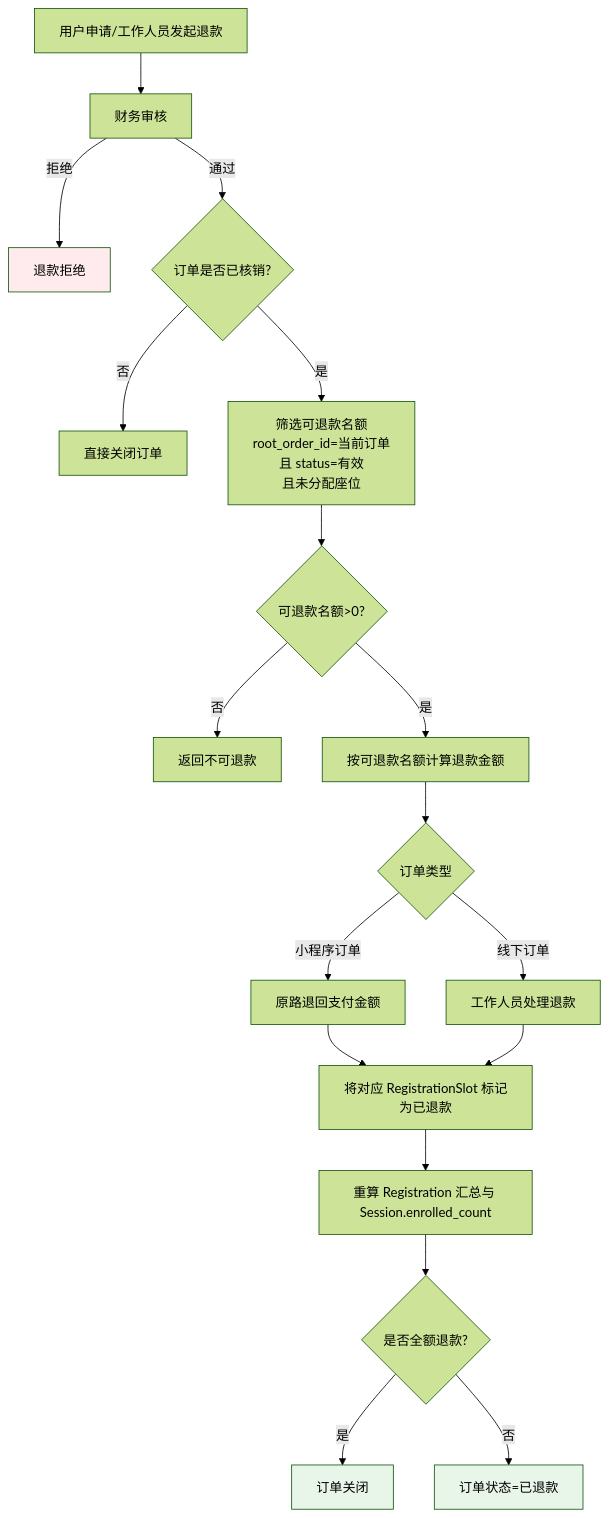
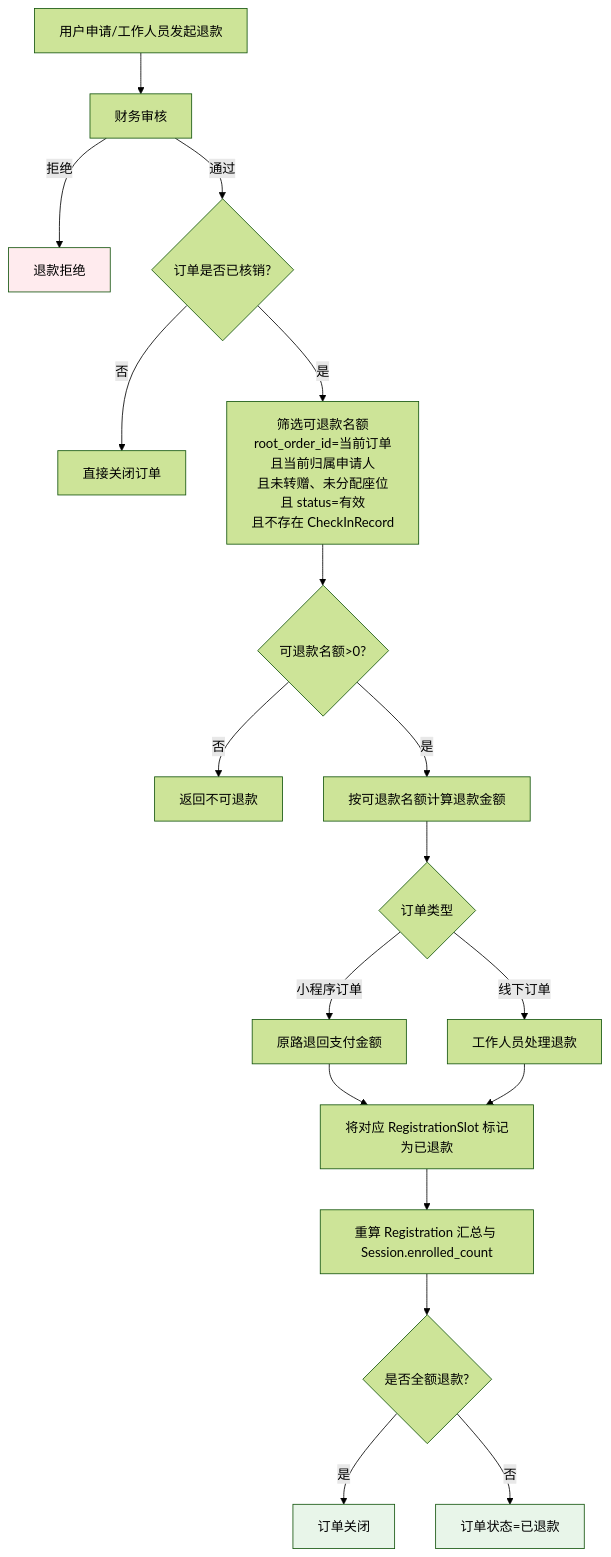
Before and after one commit to zingxy/side-job: the eighth of 8 diagrams in 课程培训平台/PRD.md, drawn with Mermaid (forest theme). The commit also changed other lines of this file and 1 other file, not shown here.

````diff
--- a/课程培训平台/PRD.md
+++ b/课程培训平台/PRD.md
@@ -826,25 +444,25 @@
 ```mermaid
 flowchart TD
     A[用户申请/工作人员发起退款] --> B[财务审核]
     B -->|拒绝| C[退款拒绝]
     B -->|通过| D{订单是否已核销?}
     
     D -->|否| E[直接关闭订单]
-    D -->|是| F[筛选可退款名额<br/>root_order_id=当前订单<br/>且 status=有效<br/>且未分配座位]
+    D -->|是| F[筛选可退款名额<br/>root_order_id=当前订单<br/>且当前归属申请人<br/>且未转赠、未分配座位<br/>且 status=有效<br/>且不存在 CheckInRecord]
     F --> G{可退款名额>0?}
     G -->|否| H[返回不可退款]
     G -->|是| I[按可退款名额计算退款金额]
     I --> J{订单类型}
     J -->|小程序订单| K[原路退回支付金额]
     J -->|线下订单| L[工作人员处理退款]
     K --> M[将对应 RegistrationSlot 标记为已退款]
     L --> M
     M --> N[重算 Registration 汇总与 Session.enrolled_count]
     N --> O{是否全额退款?}
     O -->|是| P[订单关闭]
     O -->|否| Q[订单状态=已退款]
     
     style C fill:#ffebee
     style P fill:#e8f5e9
     style Q fill:#e8f5e9
 ```
````
